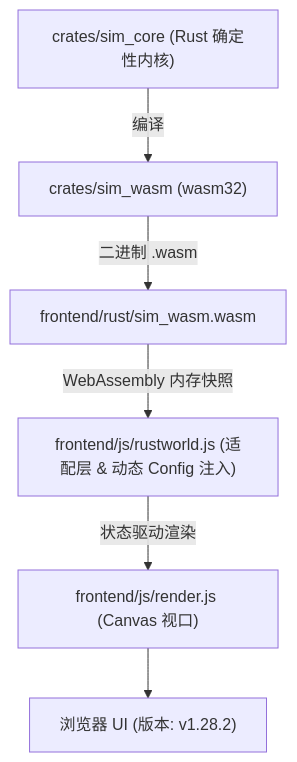
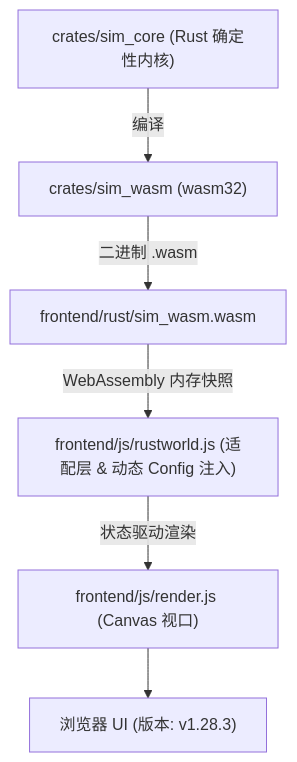
The diagram in AGENTS.md (g39088902/FlowAndAccord), drawn with Mermaid before and after one commit. The commit also changed other lines of this file and 20 other files, not shown here.

````diff
--- a/AGENTS.md
+++ b/AGENTS.md
@@ -51,8 +51,8 @@
 ```mermaid
 graph TD
     A["crates/sim_core (Rust 确定性内核)"] -->|编译| B["crates/sim_wasm (wasm32)"]
     B -->|二进制 .wasm| C["frontend/rust/sim_wasm.wasm"]
     C -->|WebAssembly 内存快照| D["frontend/js/rustworld.js (适配层 & 动态 Config 注入)"]
     D -->|状态驱动渲染| E["frontend/js/render.js (Canvas 视口)"]
-    E --> F["浏览器 UI (版本: v1.28.2)"]
+    E --> F["浏览器 UI (版本: v1.28.3)"]
 ```
````
